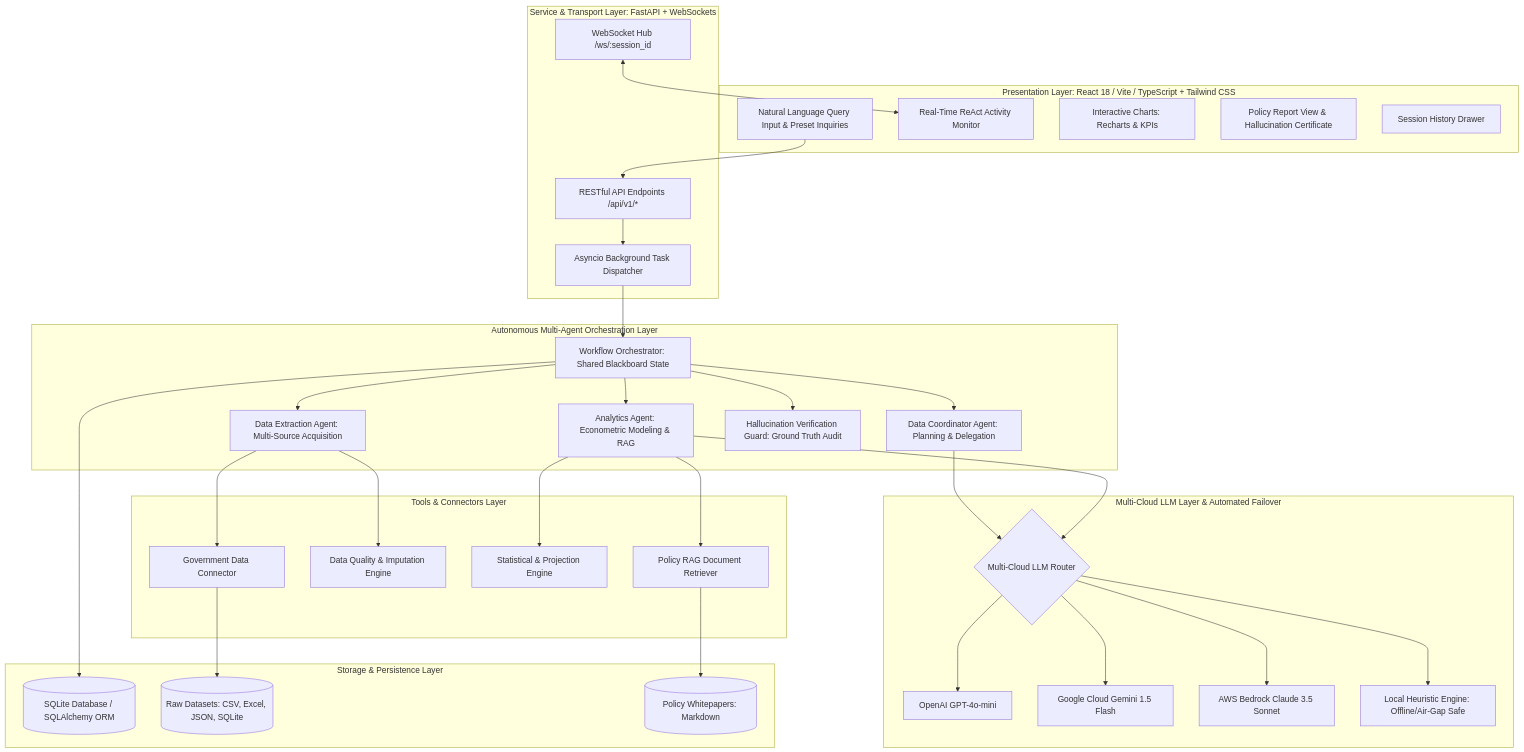
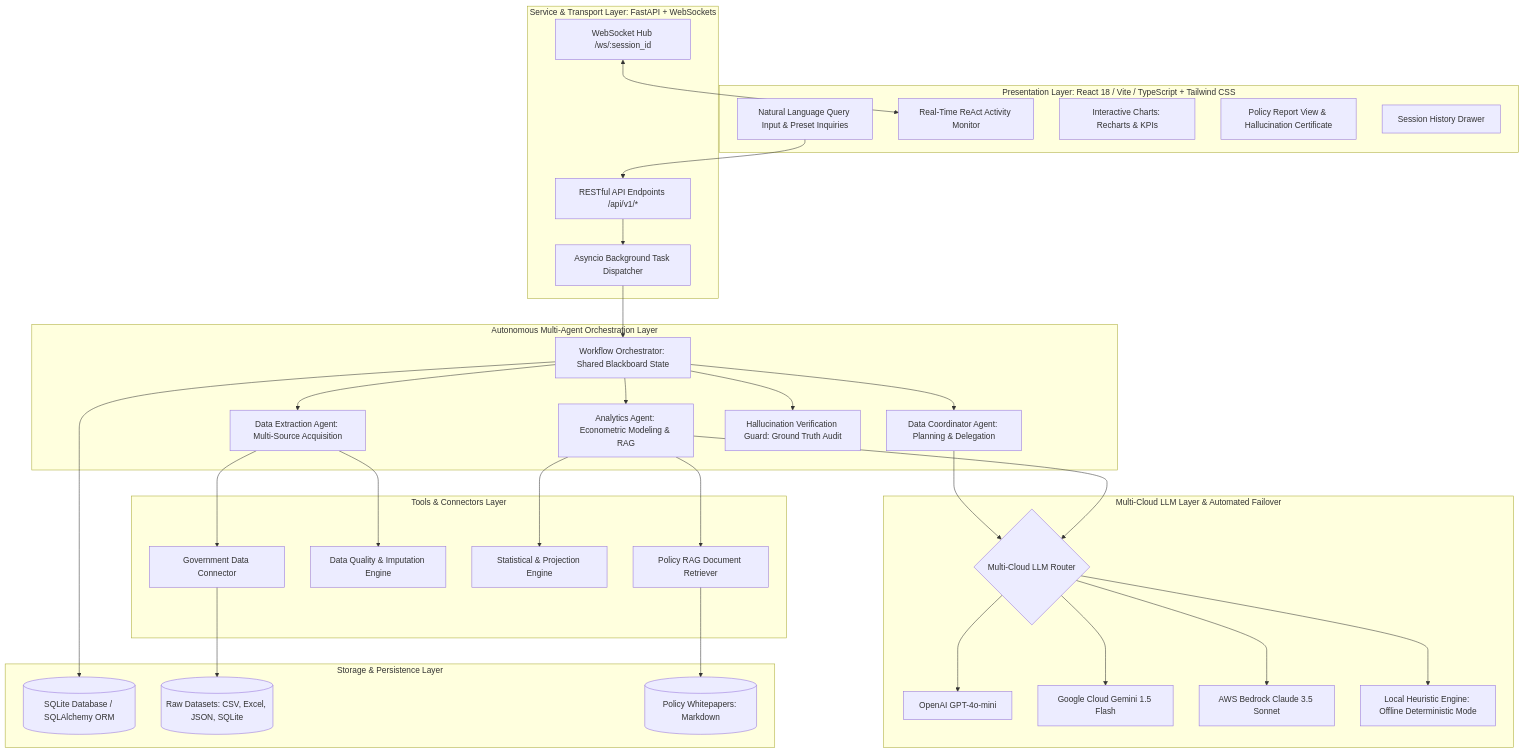
Before and after one commit to RohitKrSrivastava/Agentic-Policy-Analytics: the first of 4 diagrams in ARCHITECTURE.md, drawn with Mermaid. The commit also changed other lines of this file and 9 other files, not shown here.

````diff
--- a/ARCHITECTURE.md
+++ b/ARCHITECTURE.md
@@ -13,69 +13,69 @@
 ```mermaid
 flowchart TD
     subgraph Client_Layer ["Presentation Layer: React 18 / Vite / TypeScript + Tailwind CSS"]
         UI["Natural Language Query Input & Preset Inquiries"]
         MON["Real-Time ReAct Activity Monitor"]
         DASH["Interactive Charts: Recharts & KPIs"]
         REP["Policy Report View & Hallucination Certificate"]
         HIST["Session History Drawer"]
     end
 
     subgraph API_Layer ["Service & Transport Layer: FastAPI + WebSockets"]
         REST["RESTful API Endpoints /api/v1/*"]
         WS["WebSocket Hub /ws/:session_id"]
         BG["Asyncio Background Task Dispatcher"]
     end
 
     subgraph Agentic_Layer ["Autonomous Multi-Agent Orchestration Layer"]
         COORD["Data Coordinator Agent: Planning & Delegation"]
         EXTR["Data Extraction Agent: Multi-Source Acquisition"]
         ANALYTICS["Analytics Agent: Econometric Modeling & RAG"]
         GUARD["Hallucination Verification Guard: Ground Truth Audit"]
         ORCH["Workflow Orchestrator: Shared Blackboard State"]
     end
 
     subgraph Multi_Cloud_LLM ["Multi-Cloud LLM Layer & Automated Failover"]
         ROUTER{"Multi-Cloud LLM Router"}
         OAI["OpenAI GPT-4o-mini"]
         GEM["Google Cloud Gemini 1.5 Flash"]
         BED["AWS Bedrock Claude 3.5 Sonnet"]
-        LOCAL["Local Heuristic Engine: Offline/Air-Gap Safe"]
+        LOCAL["Local Heuristic Engine: Offline Deterministic Mode"]
     end
 
     subgraph Tools_Layer ["Tools & Connectors Layer"]
         DCONN["Government Data Connector"]
         DQ["Data Quality & Imputation Engine"]
         STAT["Statistical & Projection Engine"]
         RAG["Policy RAG Document Retriever"]
     end
 
     subgraph Storage_Layer ["Storage & Persistence Layer"]
         SQLITE[("SQLite Database / SQLAlchemy ORM")]
         RAW[("Raw Datasets: CSV, Excel, JSON, SQLite")]
         DOCS[("Policy Whitepapers: Markdown")]
     end
 
     UI --> REST
     REST --> BG
     BG --> ORCH
     WS <--> MON
     ORCH --> COORD
     ORCH --> EXTR
     ORCH --> ANALYTICS
     ORCH --> GUARD
 
     COORD --> ROUTER
     ANALYTICS --> ROUTER
     ROUTER --> OAI
     ROUTER --> GEM
     ROUTER --> BED
     ROUTER --> LOCAL
 
     EXTR --> DCONN
     DCONN --> RAW
     EXTR --> DQ
     ANALYTICS --> STAT
     ANALYTICS --> RAG
     RAG --> DOCS
     ORCH --> SQLITE
 ```
````
